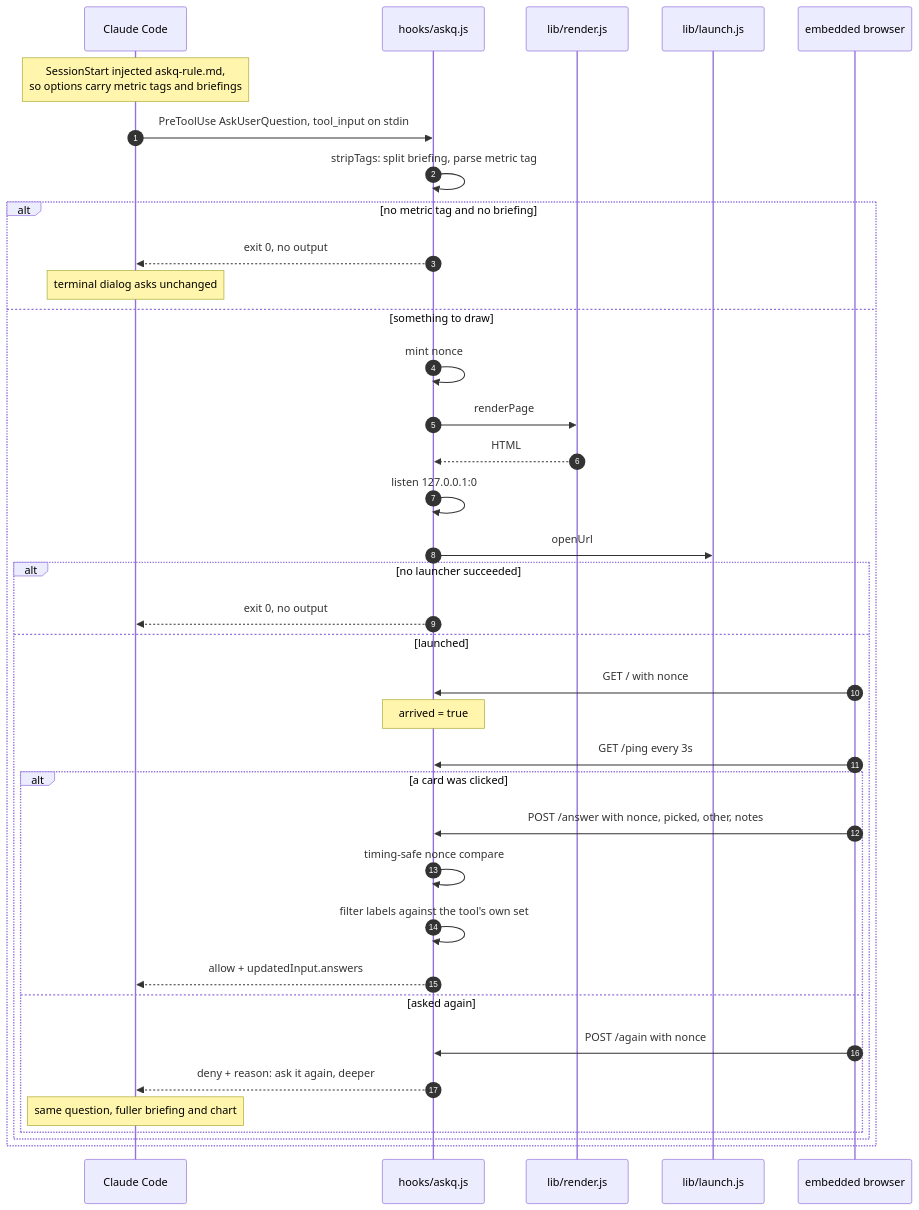
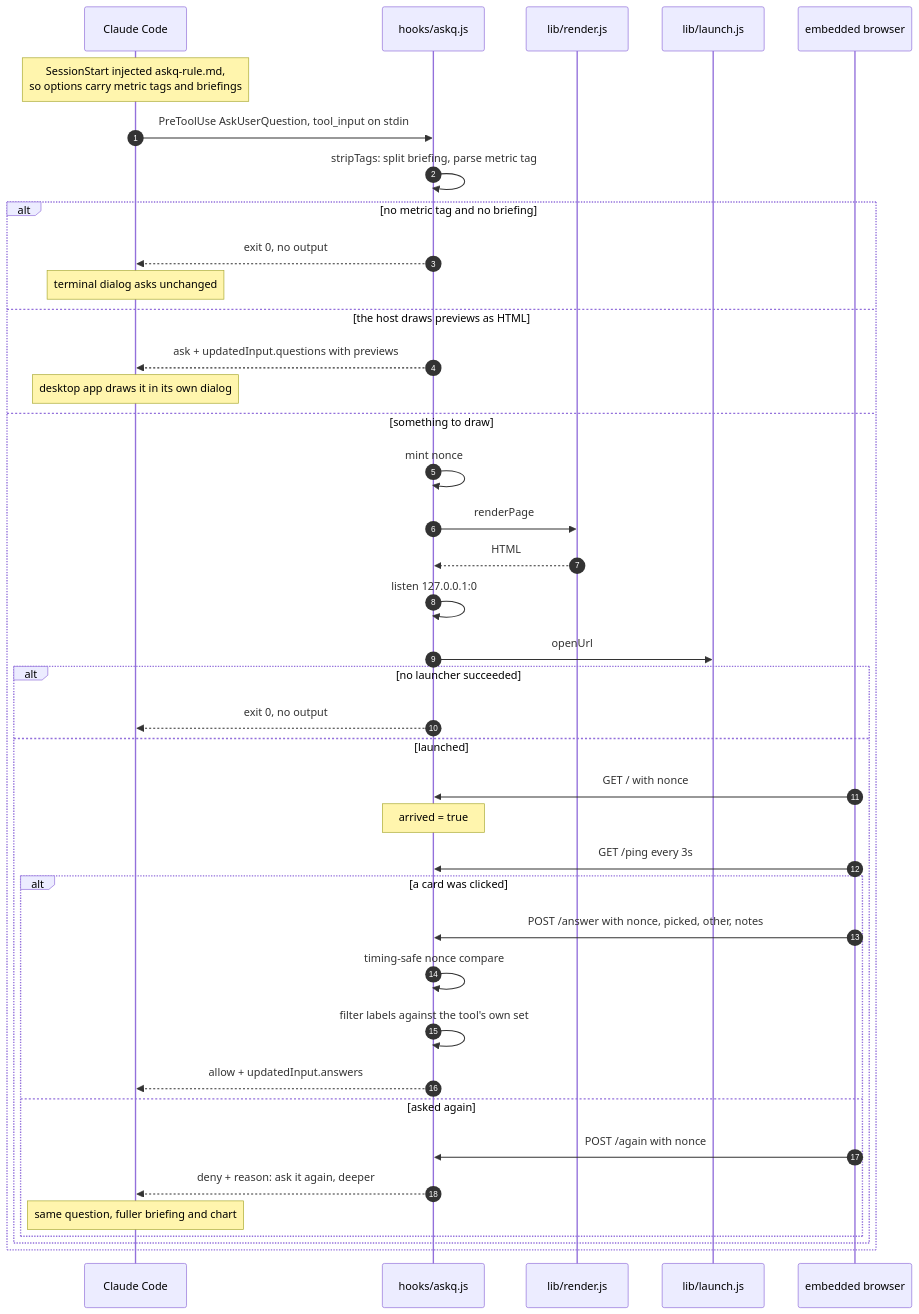
The first of 3 diagrams in README.md (underw8/cc-visualq), drawn with Mermaid before and after one commit. The commit also changed other lines of this file and 11 other files, not shown here.

````diff
--- a/README.md
+++ b/README.md
@@ -47,40 +49,43 @@
 ```mermaid
 sequenceDiagram
     autonumber
     participant CC as Claude Code
     participant H as hooks/askq.js
     participant R as lib/render.js
     participant L as lib/launch.js
     participant B as embedded browser
 
     Note over CC: SessionStart injected askq-rule.md,<br/>so options carry metric tags and briefings
     CC->>H: PreToolUse AskUserQuestion, tool_input on stdin
     H->>H: stripTags: split briefing, parse metric tag
     alt no metric tag and no briefing
         H-->>CC: exit 0, no output
         Note over CC: terminal dialog asks unchanged
+    else the host draws previews as HTML
+        H-->>CC: ask + updatedInput.questions with previews
+        Note over CC: desktop app draws it in its own dialog
     else something to draw
         H->>H: mint nonce
         H->>R: renderPage
         R-->>H: HTML
         H->>H: listen 127.0.0.1:0
         H->>L: openUrl
         alt no launcher succeeded
             H-->>CC: exit 0, no output
         else launched
             B->>H: GET / with nonce
             Note over H: arrived = true
             B->>H: GET /ping every 3s
             alt a card was clicked
                 B->>H: POST /answer with nonce, picked, other, notes
                 H->>H: timing-safe nonce compare
                 H->>H: filter labels against the tool's own set
                 H-->>CC: allow + updatedInput.answers
             else asked again
                 B->>H: POST /again with nonce
                 H-->>CC: deny + reason: ask it again, deeper
                 Note over CC: same question, fuller briefing and chart
             end
         end
     end
 ```
````
